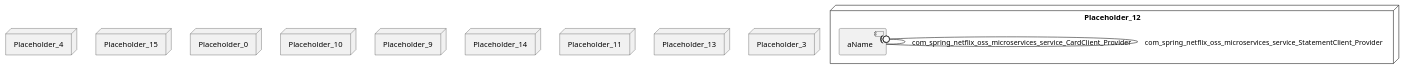
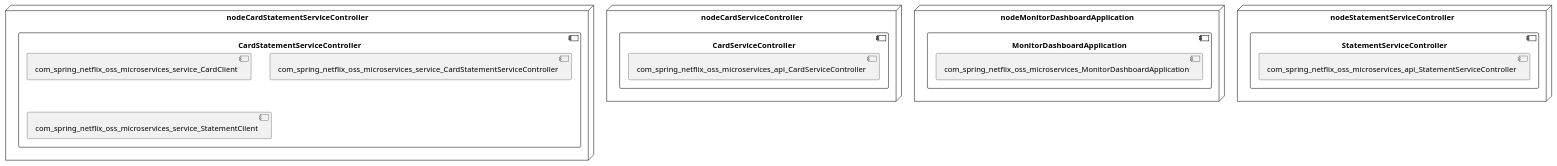
Before and after one commit to View-Based-Reverse-Engineering/Retriever-Benchmark: the diagram in fernandoabcampos-spring-netflix-oss-microservices/model_re/uml/allocationDiagram.puml, drawn with PlantUML. The commit also changed 324 other files, not shown here.

```diff
--- a/fernandoabcampos-spring-netflix-oss-microservices/model_re/uml/allocationDiagram.puml
+++ b/fernandoabcampos-spring-netflix-oss-microservices/model_re/uml/allocationDiagram.puml
@@ -1,36 +1,27 @@
 @startuml
 skinparam fixCircleLabelOverlapping true
-node Placeholder_12 {
-[aName] [[fernandoabcampos-spring-netflix-oss-microservices.system#_wYf_mLw4Ee6Vrr9NIOEuAw]]
+skinparam componentStyle uml2
+node nodeCardServiceController {
+component CardServiceController {
+[com_spring_netflix_oss_microservices_api_CardServiceController] [[fernandoabcampos-spring-netflix-oss-microservices.system#_gEQOiMApEe6ISbR1h1GrAg]]
 }
-node Placeholder_4 {
-[aName] [[fernandoabcampos-spring-netflix-oss-microservices.system#_wYf_mLw4Ee6Vrr9NIOEuAw]]
 }
-node Placeholder_15 {
-[aName] [[fernandoabcampos-spring-netflix-oss-microservices.system#_wYf_mLw4Ee6Vrr9NIOEuAw]]
+node nodeCardStatementServiceController {
+component CardStatementServiceController {
+[com_spring_netflix_oss_microservices_service_CardClient] [[fernandoabcampos-spring-netflix-oss-microservices.system#_gEQOiMApEe6ISbR1h1GrAg]]
+[com_spring_netflix_oss_microservices_service_CardStatementServiceController] [[fernandoabcampos-spring-netflix-oss-microservices.system#_gEQOiMApEe6ISbR1h1GrAg]]
+[com_spring_netflix_oss_microservices_service_StatementClient] [[fernandoabcampos-spring-netflix-oss-microservices.system#_gEQOiMApEe6ISbR1h1GrAg]]
 }
-node Placeholder_0 {
-[aName] [[fernandoabcampos-spring-netflix-oss-microservices.system#_wYf_mLw4Ee6Vrr9NIOEuAw]]
 }
-node Placeholder_10 {
-[aName] [[fernandoabcampos-spring-netflix-oss-microservices.system#_wYf_mLw4Ee6Vrr9NIOEuAw]]
+node nodeMonitorDashboardApplication {
+component MonitorDashboardApplication {
+[com_spring_netflix_oss_microservices_MonitorDashboardApplication] [[fernandoabcampos-spring-netflix-oss-microservices.system#_gEQOiMApEe6ISbR1h1GrAg]]
 }
-node Placeholder_9 {
-[aName] [[fernandoabcampos-spring-netflix-oss-microservices.system#_wYf_mLw4Ee6Vrr9NIOEuAw]]
 }
-node Placeholder_14 {
-[aName] [[fernandoabcampos-spring-netflix-oss-microservices.system#_wYf_mLw4Ee6Vrr9NIOEuAw]]
+node nodeStatementServiceController {
+component StatementServiceController {
+[com_spring_netflix_oss_microservices_api_StatementServiceController] [[fernandoabcampos-spring-netflix-oss-microservices.system#_gEQOiMApEe6ISbR1h1GrAg]]
 }
-node Placeholder_11 {
-[aName] [[fernandoabcampos-spring-netflix-oss-microservices.system#_wYf_mLw4Ee6Vrr9NIOEuAw]]
 }
-node Placeholder_13 {
-[aName] [[fernandoabcampos-spring-netflix-oss-microservices.system#_wYf_mLw4Ee6Vrr9NIOEuAw]]
-}
-node Placeholder_3 {
-[aName] [[fernandoabcampos-spring-netflix-oss-microservices.system#_wYf_mLw4Ee6Vrr9NIOEuAw]]
-}
-[aName] -(0- [aName] : com_spring_netflix_oss_microservices_service_CardClient_Provider
-[aName] -(0- [aName] : com_spring_netflix_oss_microservices_service_StatementClient_Provider
 
 @enduml
```
